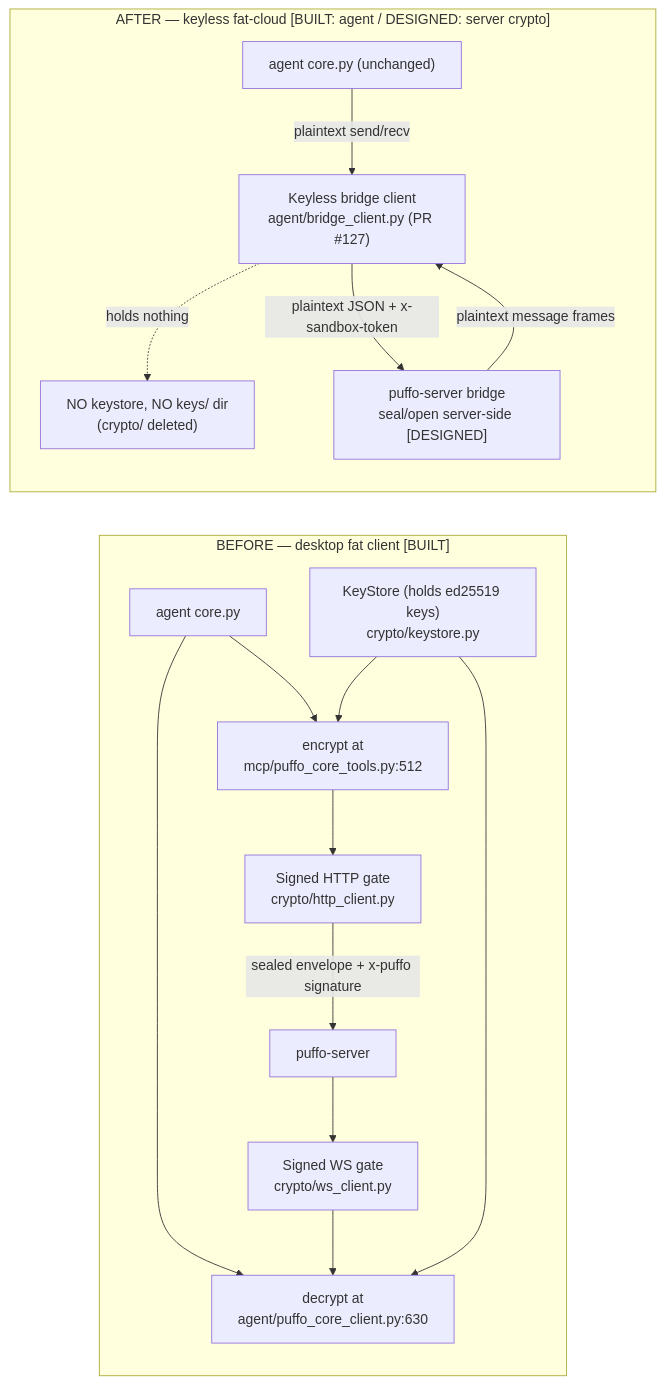
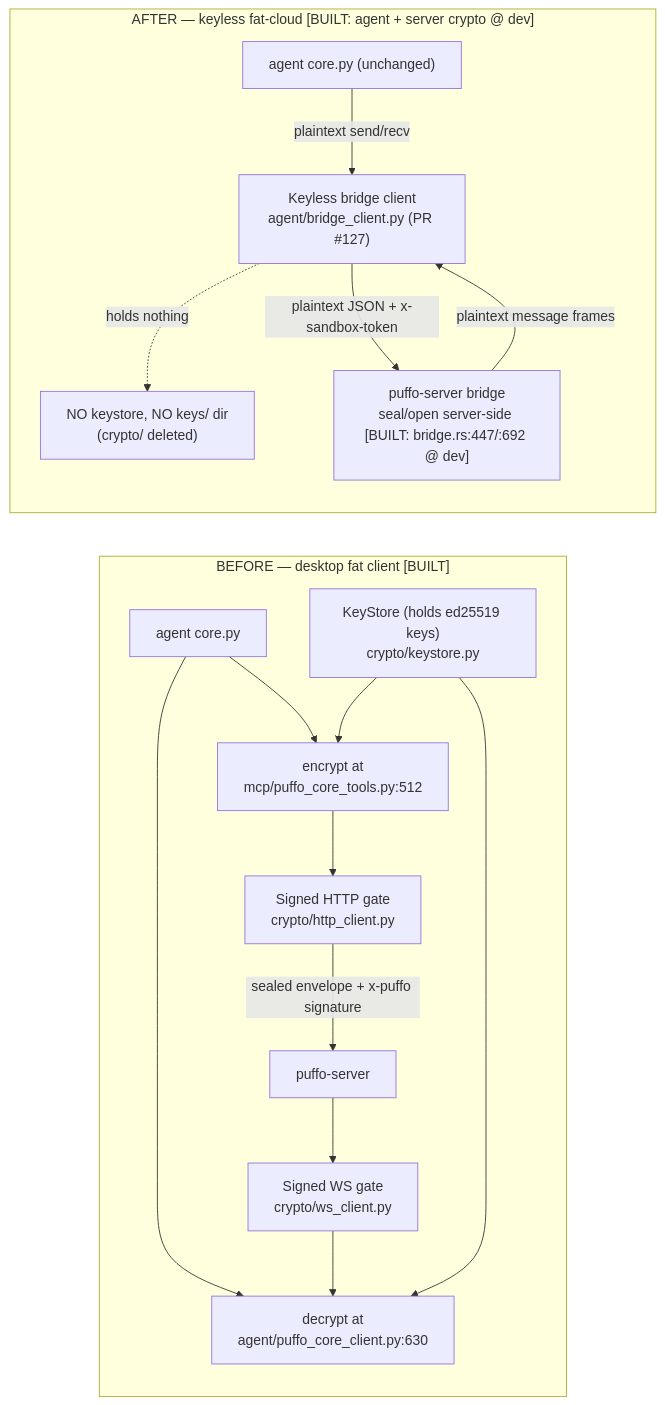
The second of 4 diagrams in docs/FAT-CLOUD-ARCHITECTURE.md (puffo-ai/puffo-agent), drawn with Mermaid before and after one commit. The commit also changed other lines of this file, not shown here.

First line of the commit message:
docs: fat-cloud architecture revision — address review G1-G4 + 6 MISSING-GAP dispositions

````diff
--- a/docs/FAT-CLOUD-ARCHITECTURE.md
+++ b/docs/FAT-CLOUD-ARCHITECTURE.md
@@ -212,28 +246,28 @@
 ```mermaid
 flowchart LR
     subgraph before["BEFORE — desktop fat client [BUILT]"]
         d_core["agent core.py"]
         d_ks["KeyStore (holds ed25519 keys)<br/>crypto/keystore.py"]
         d_http["Signed HTTP gate<br/>crypto/http_client.py"]
         d_ws["Signed WS gate<br/>crypto/ws_client.py"]
         d_enc["encrypt at<br/>mcp/puffo_core_tools.py:512"]
         d_dec["decrypt at<br/>agent/puffo_core_client.py:630"]
         d_core --> d_enc --> d_http
         d_core --> d_dec
         d_ws --> d_dec
         d_ks --> d_enc
         d_ks --> d_dec
         d_http -->|sealed envelope + x-puffo signature| d_srv1["puffo-server"]
         d_srv1 --> d_ws
     end
 
-    subgraph after["AFTER — keyless fat-cloud [BUILT: agent / DESIGNED: server crypto]"]
+    subgraph after["AFTER — keyless fat-cloud [BUILT: agent + server crypto @ dev]"]
         c_core["agent core.py (unchanged)"]
         c_bridge["Keyless bridge client<br/>agent/bridge_client.py (PR #127)"]
         c_noop["NO keystore, NO keys/ dir<br/>(crypto/ deleted)"]
         c_core -->|plaintext send/recv| c_bridge
         c_bridge -.->|holds nothing| c_noop
-        c_bridge -->|plaintext JSON + x-sandbox-token| c_srv["puffo-server bridge<br/>seal/open server-side [DESIGNED]"]
+        c_bridge -->|plaintext JSON + x-sandbox-token| c_srv["puffo-server bridge<br/>seal/open server-side [BUILT: bridge.rs:447/:692 @ dev]"]
         c_srv -->|plaintext message frames| c_bridge
     end
 ```
````
